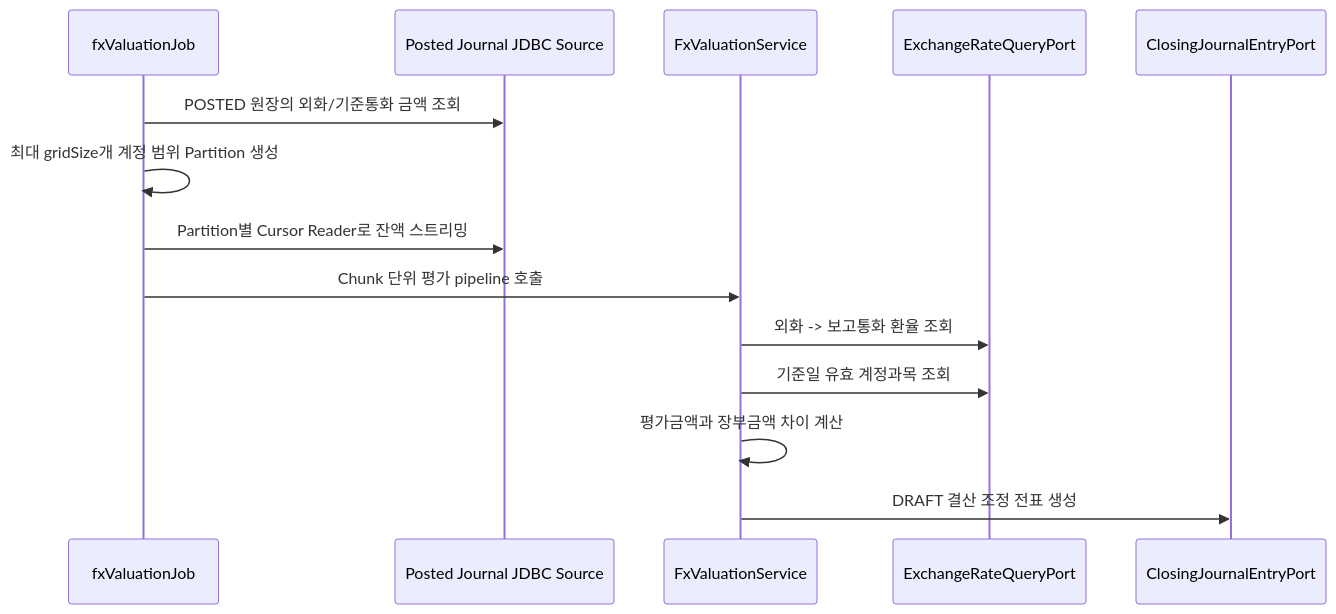
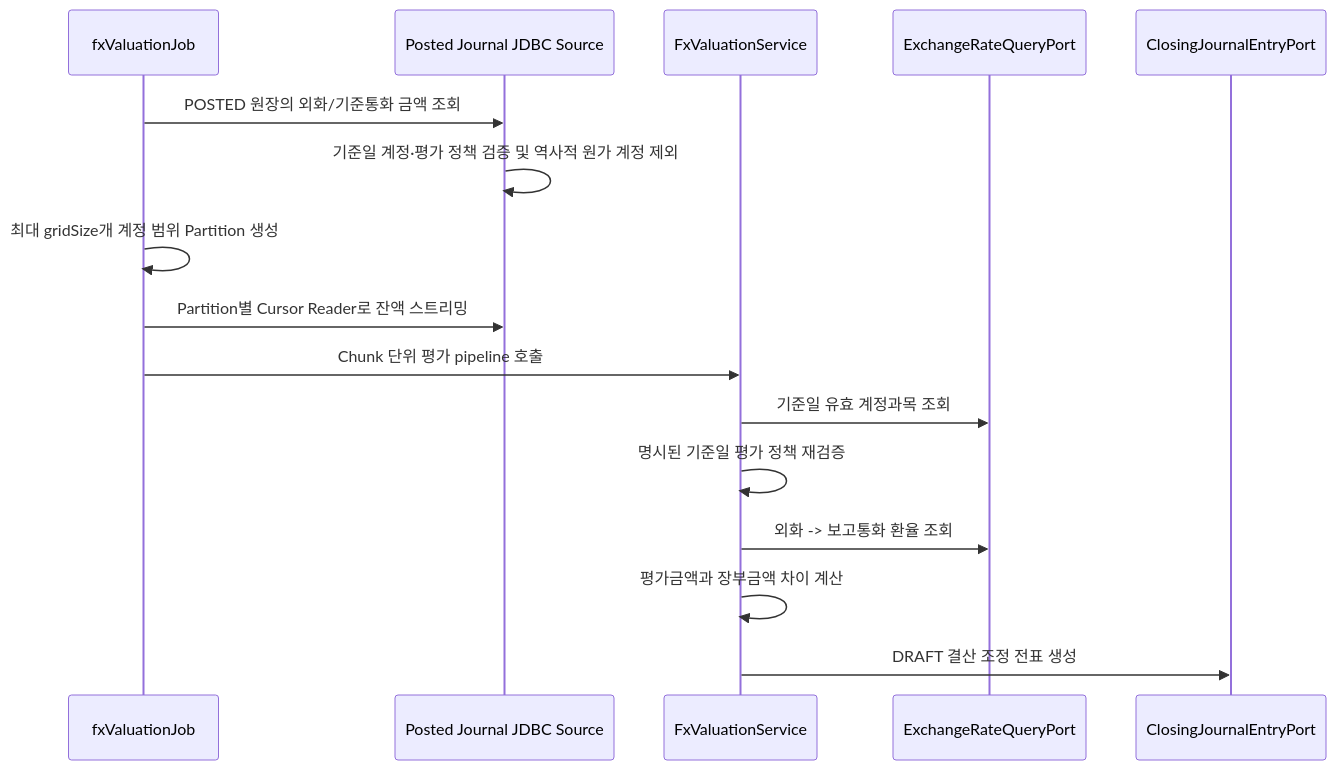
Before and after one commit to skyg547/account: the fourth of 5 diagrams in closing/docs/process-flow.md, drawn with Mermaid. The commit also changed other lines of this file and 21 other files, not shown here.

````diff
--- a/closing/docs/process-flow.md
+++ b/closing/docs/process-flow.md
@@ -182,17 +182,19 @@
 ```mermaid
 sequenceDiagram
     participant Job as fxValuationJob
     participant GL as Posted Journal JDBC Source
     participant FX as FxValuationService
     participant MD as ExchangeRateQueryPort
     participant JL as ClosingJournalEntryPort
 
     Job->>GL: POSTED 원장의 외화/기준통화 금액 조회
+    GL->>GL: 기준일 계정·평가 정책 검증 및 역사적 원가 계정 제외
     Job->>Job: 최대 gridSize개 계정 범위 Partition 생성
     Job->>GL: Partition별 Cursor Reader로 잔액 스트리밍
     Job->>FX: Chunk 단위 평가 pipeline 호출
+    FX->>MD: 기준일 유효 계정과목 조회
+    FX->>FX: 명시된 기준일 평가 정책 재검증
     FX->>MD: 외화 -> 보고통화 환율 조회
-    FX->>MD: 기준일 유효 계정과목 조회
     FX->>FX: 평가금액과 장부금액 차이 계산
     FX->>JL: DRAFT 결산 조정 전표 생성
 ```
````
